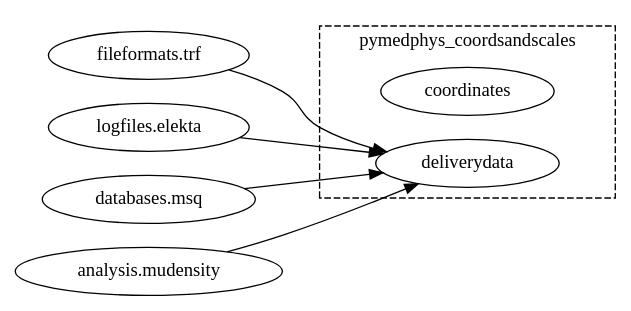
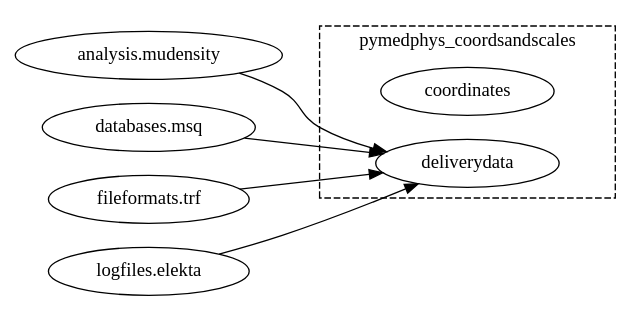
The diagram in docs/graphs/pymedphys_coordsandscales.svg.dot (pymedphys/pymedphys), drawn with Graphviz before and after one commit. The commit also changed 17 other files, not shown here.

```diff
--- a/docs/graphs/pymedphys_coordsandscales.svg.dot
+++ b/docs/graphs/pymedphys_coordsandscales.svg.dot
@@ -1,29 +1,29 @@
 
         strict digraph  {
             graph [ordering="out"];
             rankdir = LR;
             subgraph cluster_0 {
                 "pymedphys_coordsandscales.coordinates";
 "pymedphys_coordsandscales.deliverydata";
 
                 label = "pymedphys_coordsandscales";
                 style = dashed;
                 
             { rank = same; "pymedphys_coordsandscales.coordinates"; "pymedphys_coordsandscales.deliverydata"; }
             
             }
-            "pymedphys_fileformats.trf" [label="fileformats.trf"];
-"pymedphys_logfiles.elekta" [label="logfiles.elekta"];
+            "pymedphys_analysis.mudensity" [label="analysis.mudensity"];
+"pymedphys_coordsandscales.coordinates" [label="coordinates"];
 "pymedphys_coordsandscales.deliverydata" [label="deliverydata"];
 "pymedphys_databases.msq" [label="databases.msq"];
-"pymedphys_coordsandscales.coordinates" [label="coordinates"];
-"pymedphys_analysis.mudensity" [label="analysis.mudensity"];
+"pymedphys_fileformats.trf" [label="fileformats.trf"];
+"pymedphys_logfiles.elekta" [label="logfiles.elekta"];
 
             { rank = same; "pymedphys_analysis.mudensity"; "pymedphys_databases.msq"; "pymedphys_fileformats.trf"; "pymedphys_logfiles.elekta"; }
 
             "pymedphys_analysis.mudensity" -> "pymedphys_coordsandscales.deliverydata";
 "pymedphys_databases.msq" -> "pymedphys_coordsandscales.deliverydata";
 "pymedphys_fileformats.trf" -> "pymedphys_coordsandscales.deliverydata";
 "pymedphys_logfiles.elekta" -> "pymedphys_coordsandscales.deliverydata";
 
         }
```
